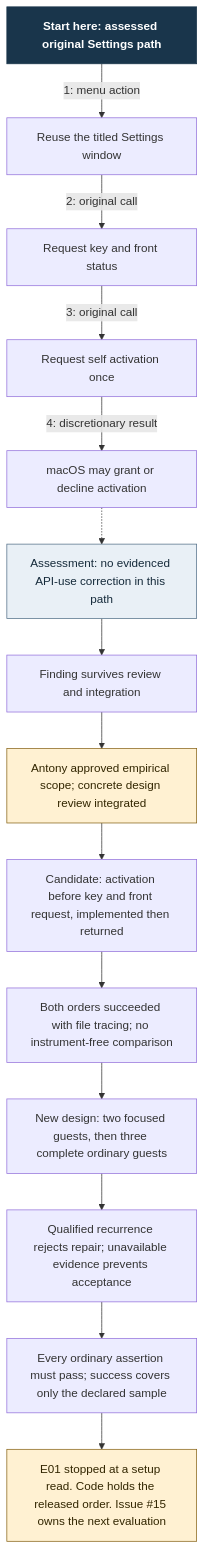
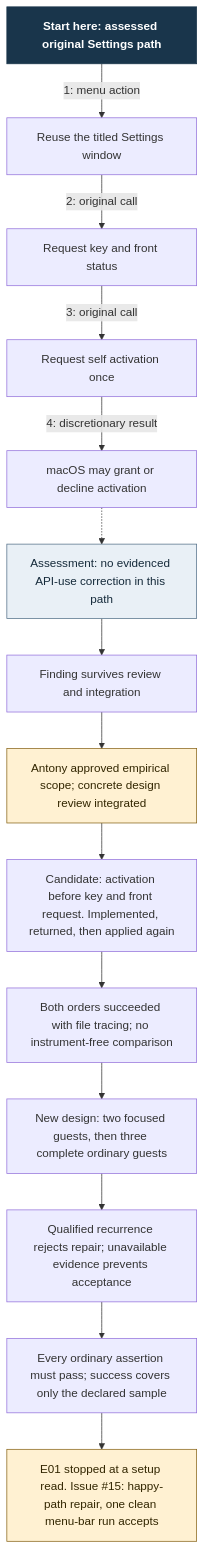
Before and after one commit to Linkuistics/Koine: the diagram in docs/design/architecture/settings-activation/correction-assessment.mmd, drawn with Mermaid. The commit also changed 10 other files, not shown here.

First line of the commit message:
settings-call-order-k3: apply the activation-first Settings call order again

```diff
--- a/docs/design/architecture/settings-activation/correction-assessment.mmd
+++ b/docs/design/architecture/settings-activation/correction-assessment.mmd
@@ -1,18 +1,18 @@
 flowchart TD
     S["Start here: assessed original Settings path"]:::start
     S -->|1: menu action| W["Reuse the titled Settings window"]
     W -->|2: original call| K["Request key and front status"]
     K -->|3: original call| A["Request self activation once"]
     A -->|4: discretionary result| O["macOS may grant or decline activation"]
     O -.-> F["Assessment: no evidenced API-use correction in this path"]:::finding
     F --> R["Finding survives review and integration"]
     R --> Q["Antony approved empirical scope; concrete design review integrated"]:::hold
-    Q --> E["Candidate: activation before key and front request, implemented then returned"]
+    Q --> E["Candidate: activation before key and front request. Implemented, returned, then applied again"]
     E --> I["Both orders succeeded with file tracing; no instrument-free comparison"]
     I --> C["New design: two focused guests, then three complete ordinary guests"]
     C --> P["Qualified recurrence rejects repair; unavailable evidence prevents acceptance"]
     P --> B["Every ordinary assertion must pass; success covers only the declared sample"]
-    B --> D["E01 stopped at a setup read. Code holds the released order. Issue #15 owns the next evaluation"]:::hold
+    B --> D["E01 stopped at a setup read. Issue #15: happy-path repair, one clean menu-bar run accepts"]:::hold
     classDef start fill:#19354b,color:#fff,font-weight:bold,stroke:#19354b
     classDef finding fill:#e9f0f6,color:#152a3a,stroke:#526f87
     classDef hold fill:#fff1d2,color:#322600,stroke:#866216
```
